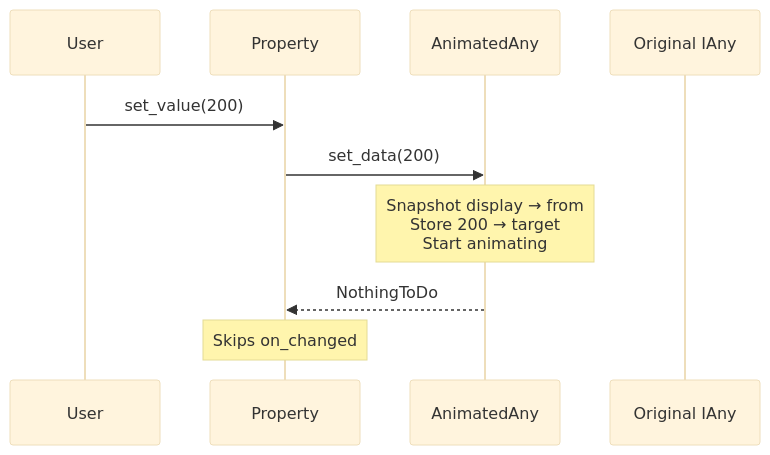
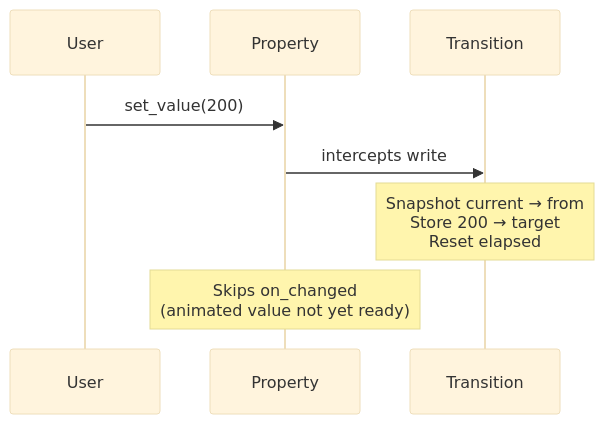
One commit to ljaaskela/strata changed the third of 4 diagrams in docs/plugins/animator.md. Above: the diagram before and after it, drawn with Mermaid (base theme). The commit also changed other lines of this file and 31 other files, not shown here.

````diff
--- a/docs/plugins/animator.md
+++ b/docs/plugins/animator.md
@@ -355,13 +397,11 @@
 ```mermaid
 sequenceDiagram
     participant User
     participant Property
-    participant AnimatedAny
-    participant Inner as Original IAny
+    participant Transition
 
     User->>Property: set_value(200)
-    Property->>AnimatedAny: set_data(200)
-    Note over AnimatedAny: Snapshot display → from<br/>Store 200 → target<br/>Start animating
-    AnimatedAny-->>Property: NothingToDo
-    Note over Property: Skips on_changed
+    Property->>Transition: intercepts write
+    Note over Transition: Snapshot current → from<br/>Store 200 → target<br/>Reset elapsed
+    Note over Property: Skips on_changed<br/>(animated value not yet ready)
 ```
````
